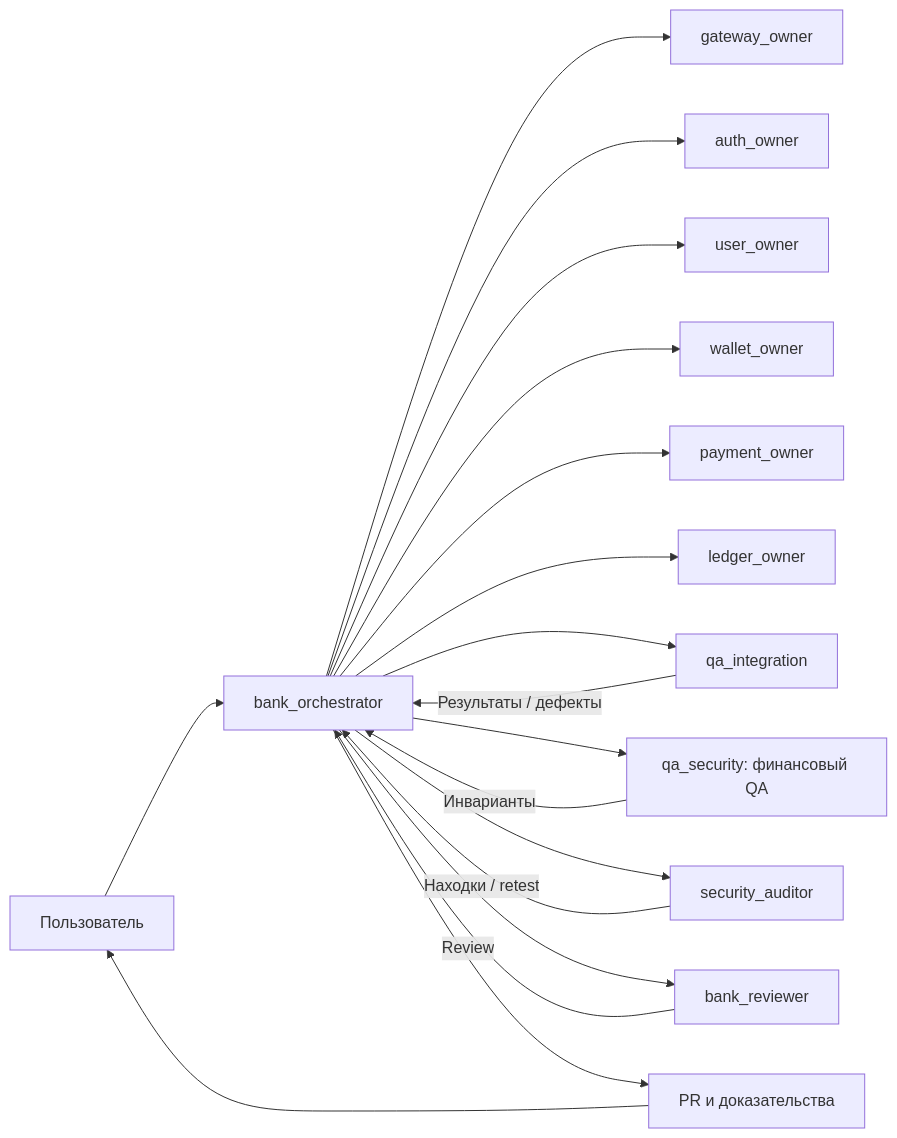
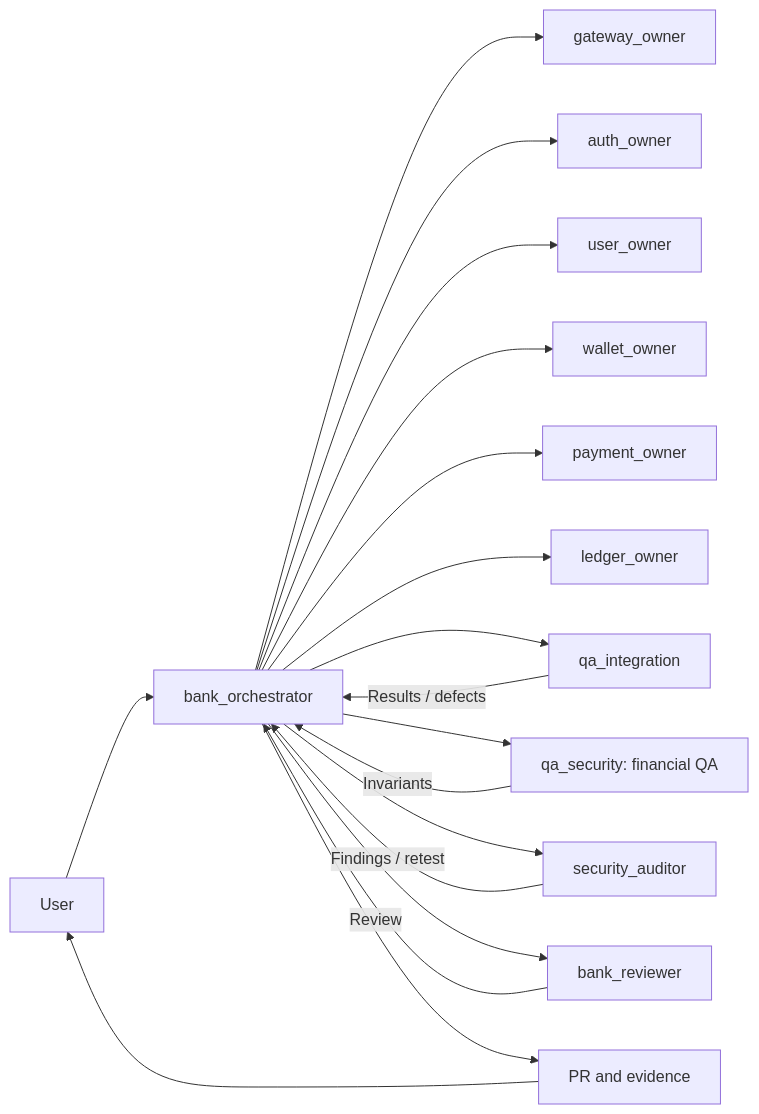
One commit to aarbabaev/ArMoney changed the eighth of 11 diagrams in ARCHITECTURE.md. Above: the diagram before and after it, drawn with Mermaid. The commit also changed other lines of this file and 6 other files, not shown here.

Commit message:
Use English architecture documentation and neutral product descriptions

````diff
--- a/ARCHITECTURE.md
+++ b/ARCHITECTURE.md
@@ -267,20 +268,20 @@
 ```mermaid
 flowchart LR
-    H["Пользователь"] --> O["bank_orchestrator"]
+    H["User"] --> O["bank_orchestrator"]
     O --> G["gateway_owner"]
     O --> A["auth_owner"]
     O --> U["user_owner"]
     O --> W["wallet_owner"]
     O --> P["payment_owner"]
     O --> L["ledger_owner"]
     O --> QI["qa_integration"]
-    O --> QF["qa_security: финансовый QA"]
+    O --> QF["qa_security: financial QA"]
     O --> S["security_auditor"]
     O --> R["bank_reviewer"]
-    QI -->|"Результаты / дефекты"| O
-    QF -->|"Инварианты"| O
-    S -->|"Находки / retest"| O
+    QI -->|"Results / defects"| O
+    QF -->|"Invariants"| O
+    S -->|"Findings / retest"| O
     R -->|"Review"| O
-    O --> PR["PR и доказательства"]
+    O --> PR["PR and evidence"]
     PR --> H
 ```
````
